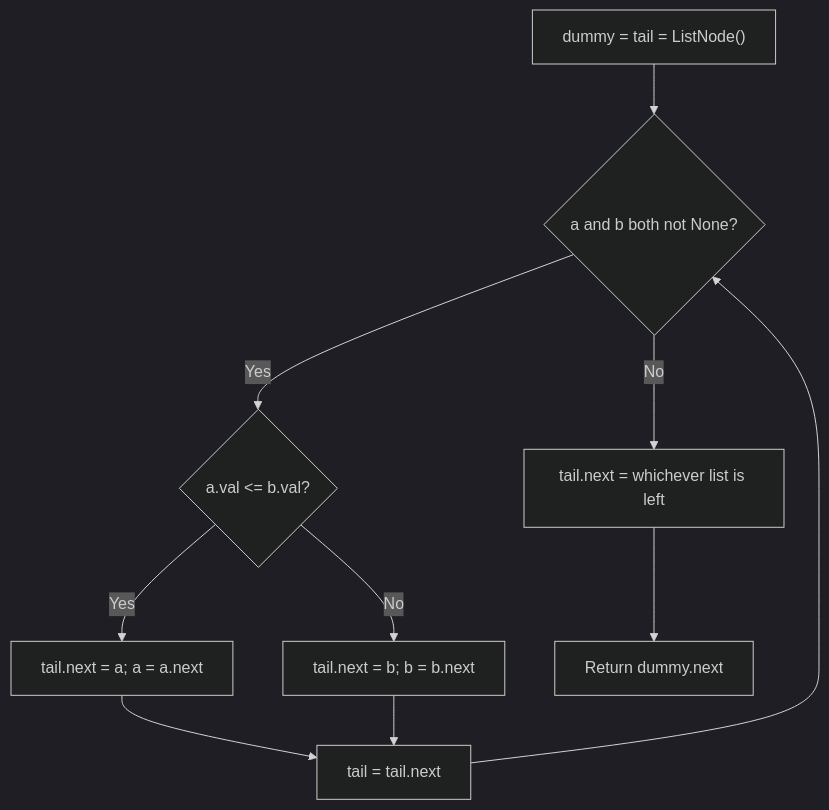
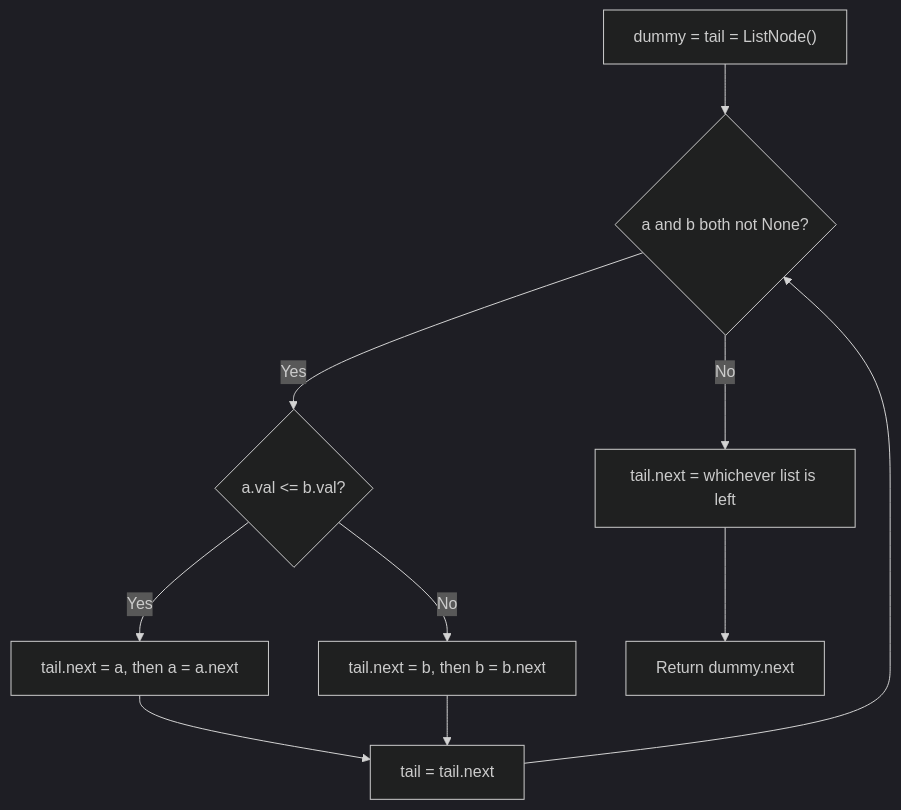
The second of 3 diagrams in lessons/interview-prep/prep-day-15.md (pratulsharma/minitrack), drawn with Mermaid (dark theme) before and after one commit. The commit also changed other lines of this file and 48 other files, not shown here.

````diff
--- a/lessons/interview-prep/prep-day-15.md
+++ b/lessons/interview-prep/prep-day-15.md
@@ -130,12 +133,12 @@
 ```mermaid
 flowchart TD
   Start["dummy = tail = ListNode()"] --> Both{"a and b both not None?"}
   Both -- Yes --> Compare{"a.val <= b.val?"}
-  Compare -- Yes --> TakeA["tail.next = a; a = a.next"]
-  Compare -- No --> TakeB["tail.next = b; b = b.next"]
+  Compare -- Yes --> TakeA["tail.next = a, then a = a.next"]
+  Compare -- No --> TakeB["tail.next = b, then b = b.next"]
   TakeA --> Advance["tail = tail.next"]
   TakeB --> Advance
   Advance --> Both
   Both -- No --> Rest["tail.next = whichever list is left"]
   Rest --> Return["Return dummy.next"]
 ```
````
